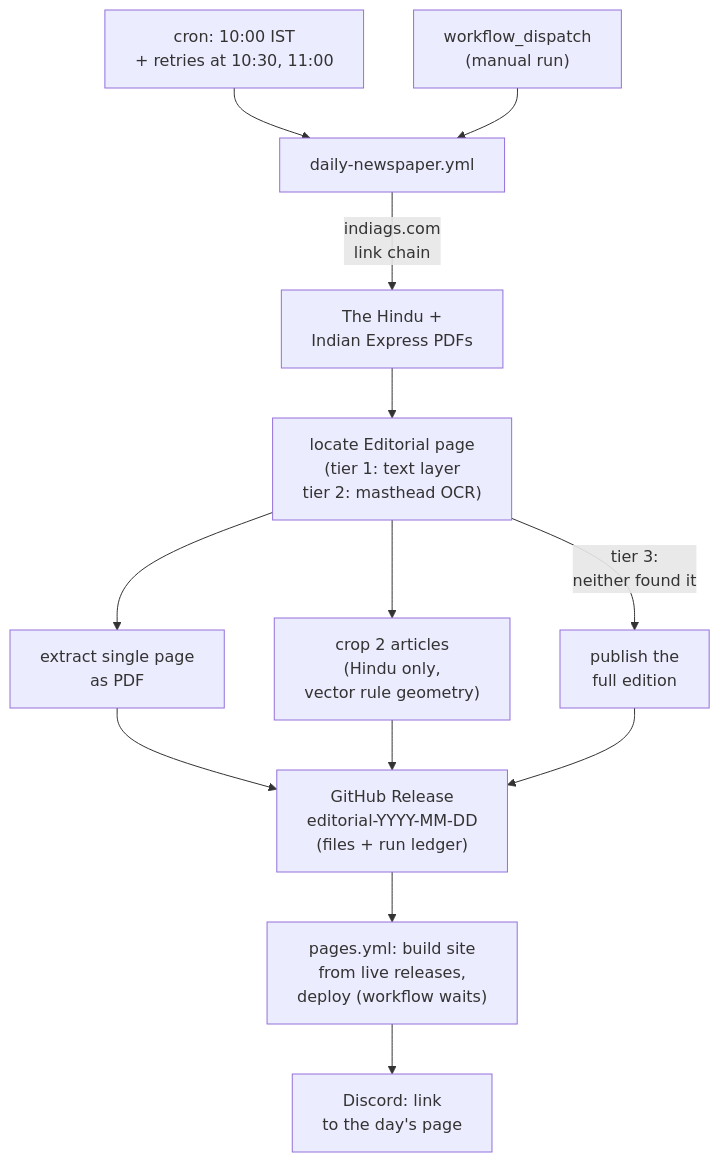
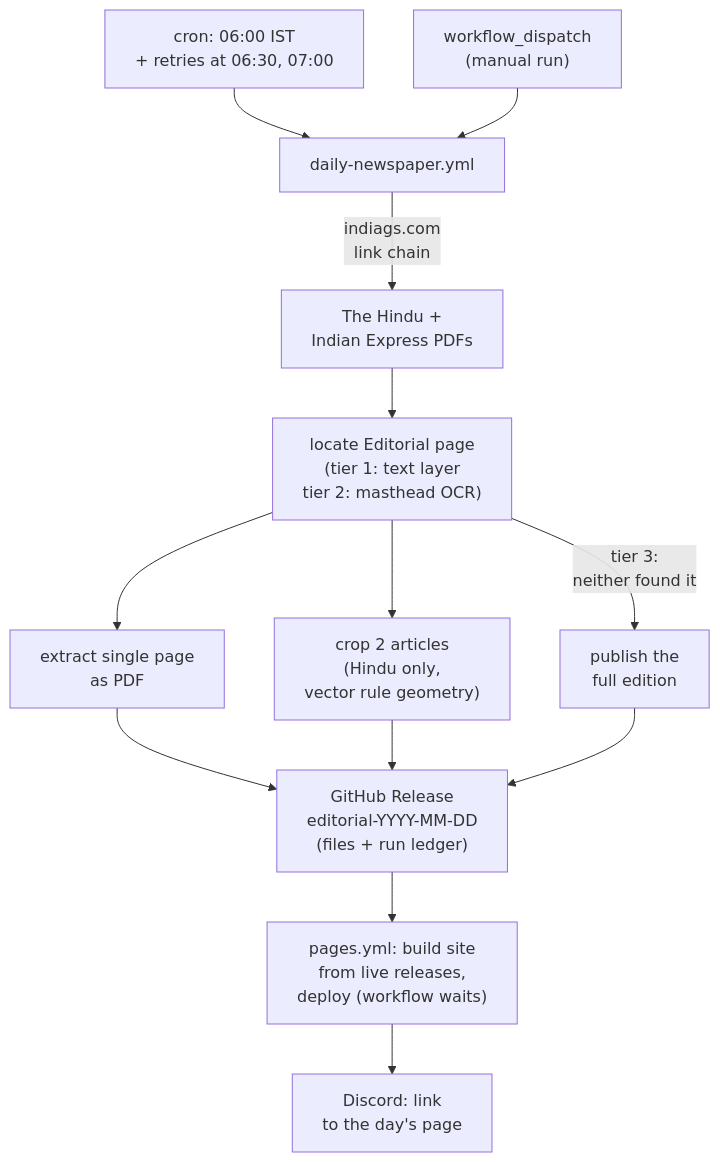
Before and after one commit to mantavyam/epaper-automation: the first of 3 diagrams in README.md, drawn with Mermaid. The commit also changed other lines of this file and 3 other files, not shown here.

````diff
--- a/README.md
+++ b/README.md
@@ -12,15 +12,15 @@
 ```mermaid
 flowchart TD
-    cron["cron: 10:00 IST\n+ retries at 10:30, 11:00"] --> run["daily-newspaper.yml"]
+    cron["cron: 06:00 IST\n+ retries at 06:30, 07:00"] --> run["daily-newspaper.yml"]
     manual["workflow_dispatch\n(manual run)"] --> run
     run -->|"indiags.com\nlink chain"| pdfs["The Hindu +\nIndian Express PDFs"]
     pdfs --> locate["locate Editorial page\n(tier 1: text layer\ntier 2: masthead OCR)"]
     locate --> single["extract single page\nas PDF"]
     locate --> crop["crop 2 articles\n(Hindu only,\nvector rule geometry)"]
     locate -->|"tier 3:\nneither found it"| full["publish the\nfull edition"]
     single --> rel["GitHub Release\neditorial-YYYY-MM-DD\n(files + run ledger)"]
     crop --> rel
     full --> rel
     rel --> pages["pages.yml: build site\nfrom live releases,\ndeploy (workflow waits)"]
     pages --> discord["Discord: link\nto the day's page"]
 ```
````
